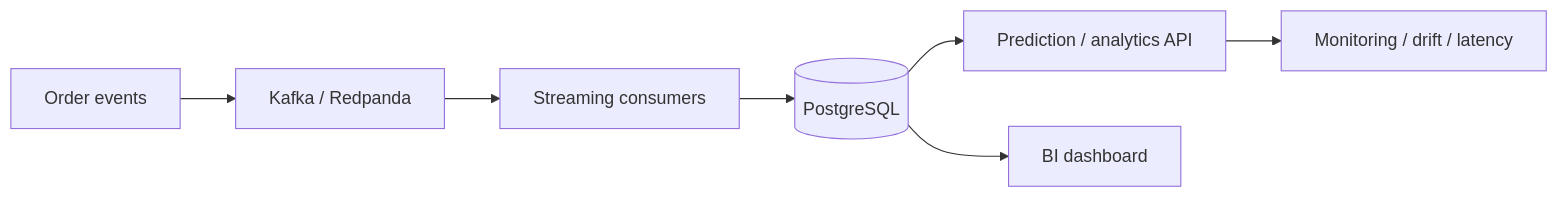
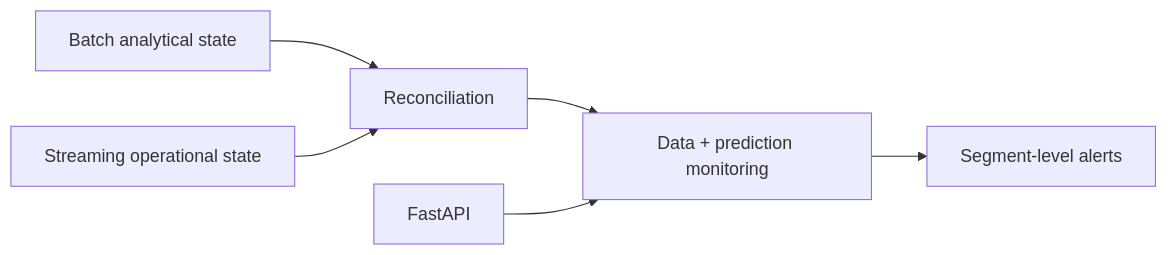
One commit to nikchey29/fulfillai changed the fourth of 4 diagrams in docs/architecture.md. Above: the diagram before and after it, drawn with Mermaid. The commit also changed other lines of this file and 18 other files, not shown here.

````diff
--- a/docs/architecture.md
+++ b/docs/architecture.md
@@ -214,9 +197,8 @@
 ```mermaid
 flowchart LR
-    PG[(PostgreSQL)] --> API[Prediction / analytics API]
-    PG --> BI[BI dashboard]
-    EVT[Order events] --> BUS[Kafka / Redpanda]
-    BUS --> CONS[Streaming consumers]
-    CONS --> PG
-    API --> MON[Monitoring / drift / latency]
+    BATCH[Batch analytical state] --> REC[Reconciliation]
+    STREAM[Streaming operational state] --> REC
+    REC --> MON[Data + prediction monitoring]
+    MON --> ALERT[Segment-level alerts]
+    API[FastAPI] --> MON
 ```
````
